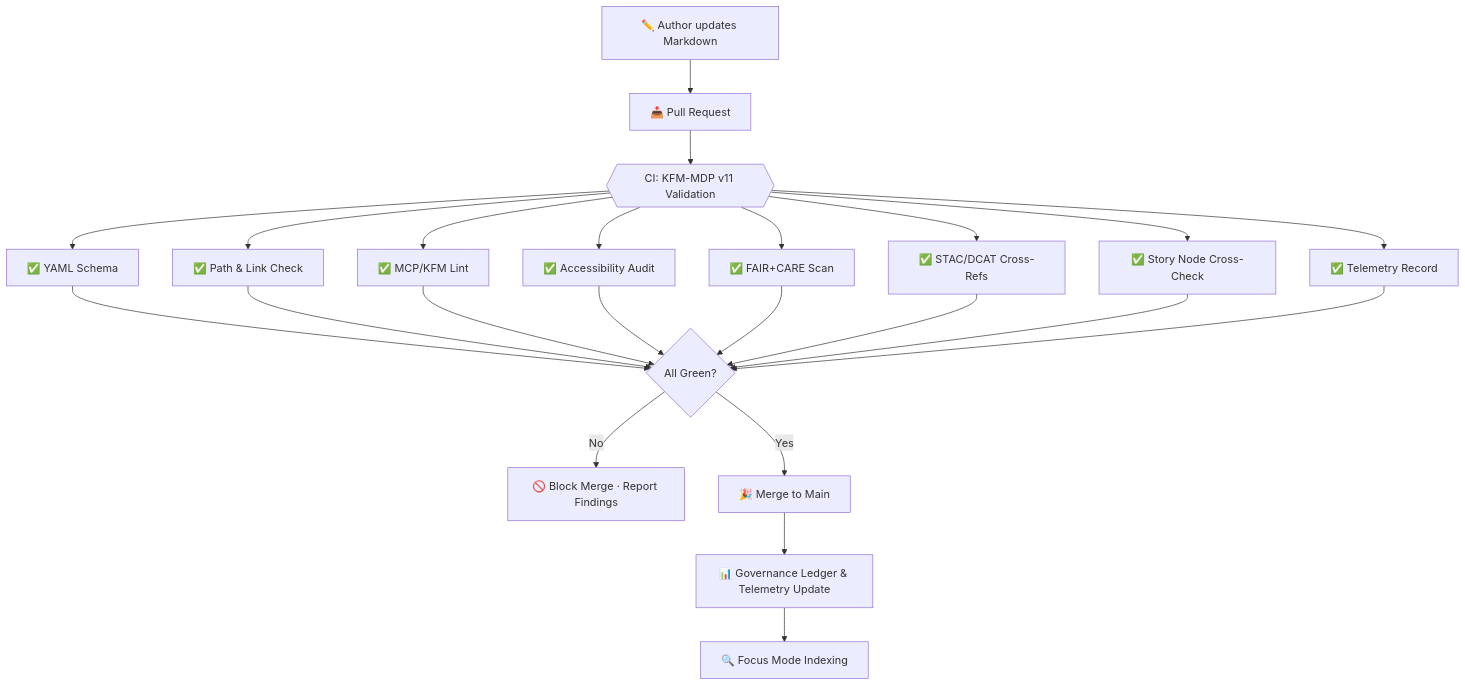
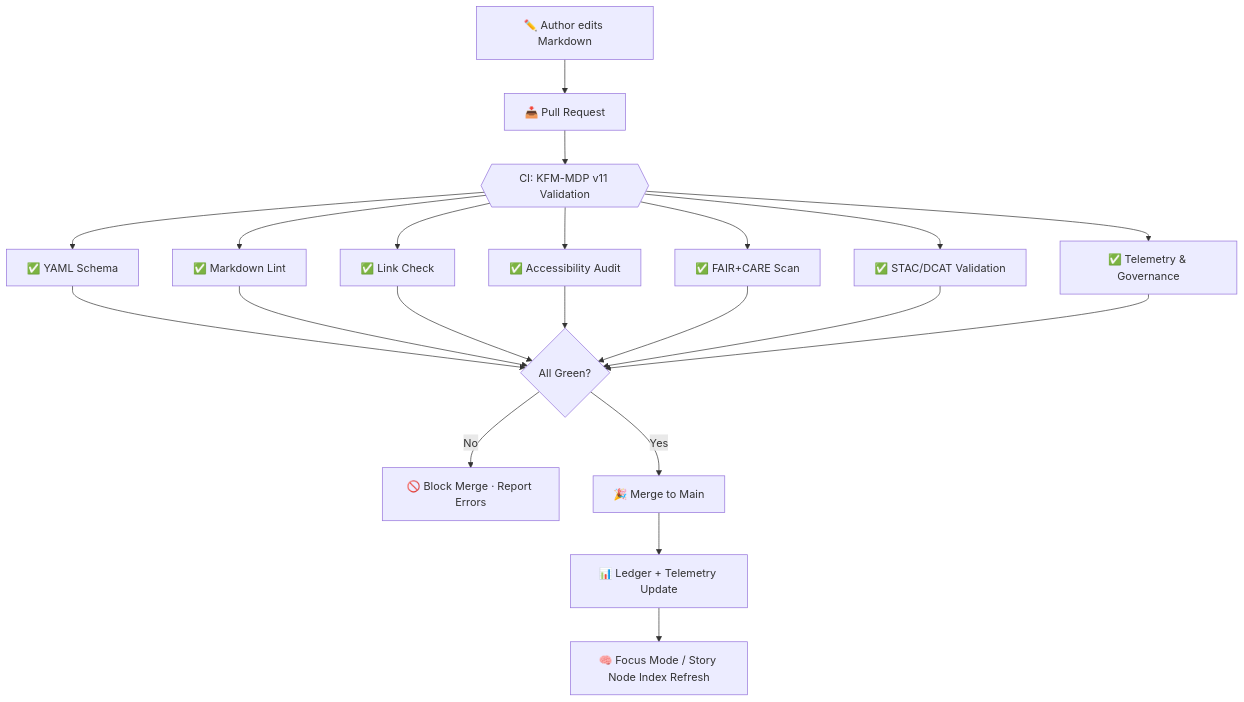
The diagram in docs/standards/kfm_markdown_protocol_v11.md (bartytime4life/Kansas-Frontier-Matrix), drawn with Mermaid before and after one commit. The commit also changed other lines of this file, not shown here.

First line of the commit message:
Upgrade KFM-MDP to version 11.0.1

````diff
--- a/docs/standards/kfm_markdown_protocol_v11.md
+++ b/docs/standards/kfm_markdown_protocol_v11.md
@@ -415,18 +320,17 @@
 ```mermaid
 flowchart TD
-    A[✏️ Author updates Markdown] --> B[📥 Pull Request]
+    A[✏️ Author edits Markdown] --> B[📥 Pull Request]
     B --> C{{CI: KFM-MDP v11 Validation}}
     C --> C1[✅ YAML Schema]
-    C --> C2[✅ Path & Link Check]
-    C --> C3[✅ MCP/KFM Lint]
+    C --> C2[✅ Markdown Lint]
+    C --> C3[✅ Link Check]
     C --> C4[✅ Accessibility Audit]
     C --> C5[✅ FAIR+CARE Scan]
-    C --> C6[✅ STAC/DCAT Cross-Refs]
-    C --> C7[✅ Story Node Cross-Check]
-    C --> C8[✅ Telemetry Record]
-    C1 & C2 & C3 & C4 & C5 & C6 & C7 & C8 --> D{All Green?}
-    D -- No --> E[🚫 Block Merge · Report Findings]
+    C --> C6[✅ STAC/DCAT Validation]
+    C --> C7[✅ Telemetry & Governance]
+    C1 & C2 & C3 & C4 & C5 & C6 & C7 --> D{All Green?}
+    D -- No --> E[🚫 Block Merge · Report Errors]
     D -- Yes --> F[🎉 Merge to Main]
-    F --> G[📊 Governance Ledger & Telemetry Update]
-    G --> H[🔍 Focus Mode Indexing]
+    F --> G[📊 Ledger + Telemetry Update]
+    G --> H[🧠 Focus Mode / Story Node Index Refresh]
 ```
````
